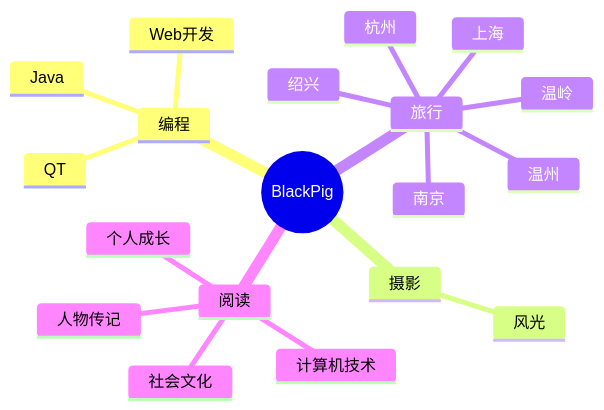
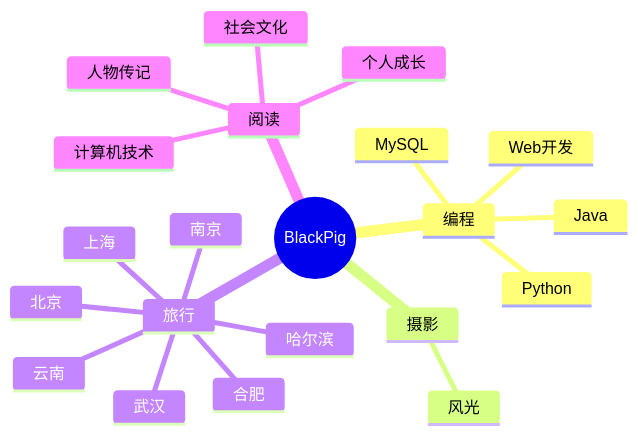
One commit to zzp-create/zzp-create changed the diagram in README.md. Above: the diagram before and after it, drawn with Mermaid.

````diff
--- a/README.md
+++ b/README.md
@@ -55,22 +55,24 @@
 ```mermaid
 mindmap
   root((BlackPig))
     编程
       Web开发
-      QT
+      MySQL
       Java
+      Python
     摄影
       风光
     旅行
       南京
       上海
-      温州
-      温岭
-      杭州
-      绍兴
+      合肥
+      武汉
+      哈尔滨
+      云南
+      北京
     阅读
       人物传记
       个人成长
       社会文化
       计算机技术
 ```
````
